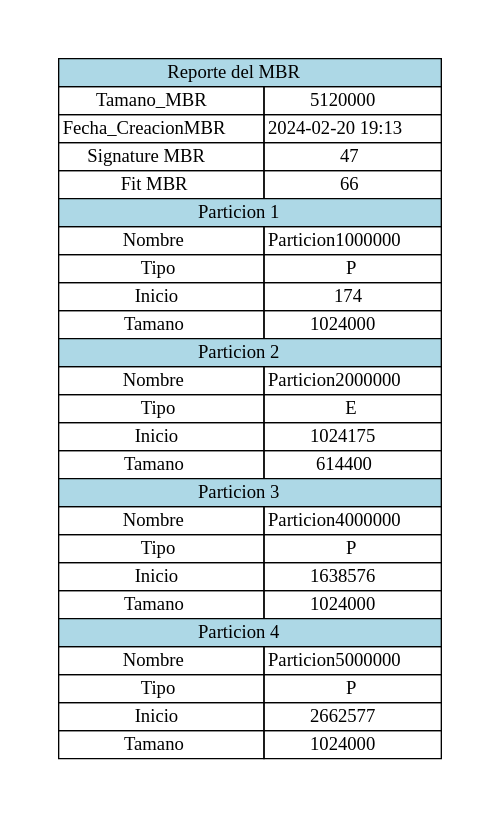
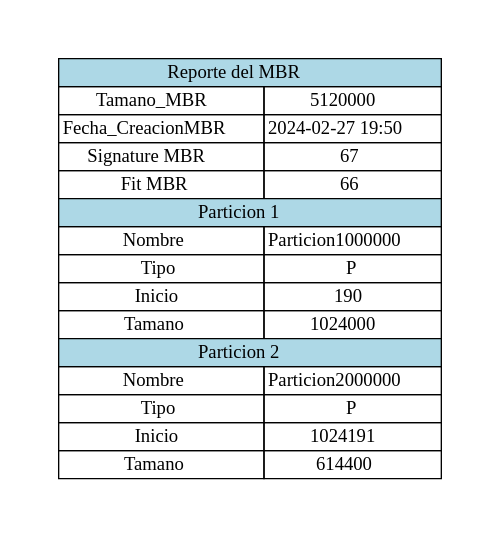
The diagram in Reportes/ReporteMBR.dot (Ssolares0/MIA_P1_202004822), drawn with Graphviz before and after one commit. The commit also changed 14 other files, not shown here.

```diff
--- a/Reportes/ReporteMBR.dot
+++ b/Reportes/ReporteMBR.dot
@@ -1,1 +1,1 @@
-digraph { graph [pad="0.5", nodesep="0.5", ranksep="2", splines="ortho"];node [shape=plain]rankdir=LR;Foo [label=<<table border="0" cellborder="1" cellspacing="0"><tr><td colspan="2" bgcolor="lightblue">Reporte del MBR</td></tr><tr><td>Tamano_MBR</td><td>5120000</td></tr><tr><td>Fecha_CreacionMBR</td><td>2024-02-20 19:13</td></tr><tr><td>Signature MBR</td><td>47</td></tr><tr><td>Fit MBR</td><td>66</td></tr><tr><td colspan="2" bgcolor="lightblue">Particion 1</td></tr><tr><td>Nombre</td><td>Particion1000000</td></tr><tr><td>Tipo</td><td>P</td></tr><tr><td>Inicio</td><td>174</td></tr><tr><td>Tamano</td><td>1024000</td></tr><tr><td colspan="2" bgcolor="lightblue">Particion 2</td></tr><tr><td>Nombre</td><td>Particion2000000</td></tr><tr><td>Tipo</td><td>E</td></tr><tr><td>Inicio</td><td>1024175</td></tr><tr><td>Tamano</td><td>614400</td></tr><tr><td colspan="2" bgcolor="lightblue">Particion 3</td></tr><tr><td>Nombre</td><td>Particion4000000</td></tr><tr><td>Tipo</td><td>P</td></tr><tr><td>Inicio</td><td>1638576</td></tr><tr><td>Tamano</td><td>1024000</td></tr><tr><td colspan="2" bgcolor="lightblue">Particion 4</td></tr><tr><td>Nombre</td><td>Particion5000000</td></tr><tr><td>Tipo</td><td>P</td></tr><tr><td>Inicio</td><td>2662577</td></tr><tr><td>Tamano</td><td>1024000</td></tr></table>>];}
+digraph { graph [pad="0.5", nodesep="0.5", ranksep="2", splines="ortho"];node [shape=plain]rankdir=LR;Foo [label=<<table border="0" cellborder="1" cellspacing="0"><tr><td colspan="2" bgcolor="lightblue">Reporte del MBR</td></tr><tr><td>Tamano_MBR</td><td>5120000</td></tr><tr><td>Fecha_CreacionMBR</td><td>2024-02-27 19:50</td></tr><tr><td>Signature MBR</td><td>67</td></tr><tr><td>Fit MBR</td><td>66</td></tr><tr><td colspan="2" bgcolor="lightblue">Particion 1</td></tr><tr><td>Nombre</td><td>Particion1000000</td></tr><tr><td>Tipo</td><td>P</td></tr><tr><td>Inicio</td><td>190</td></tr><tr><td>Tamano</td><td>1024000</td></tr><tr><td colspan="2" bgcolor="lightblue">Particion 2</td></tr><tr><td>Nombre</td><td>Particion2000000</td></tr><tr><td>Tipo</td><td>P</td></tr><tr><td>Inicio</td><td>1024191</td></tr><tr><td>Tamano</td><td>614400</td></tr></table>>];}
```
